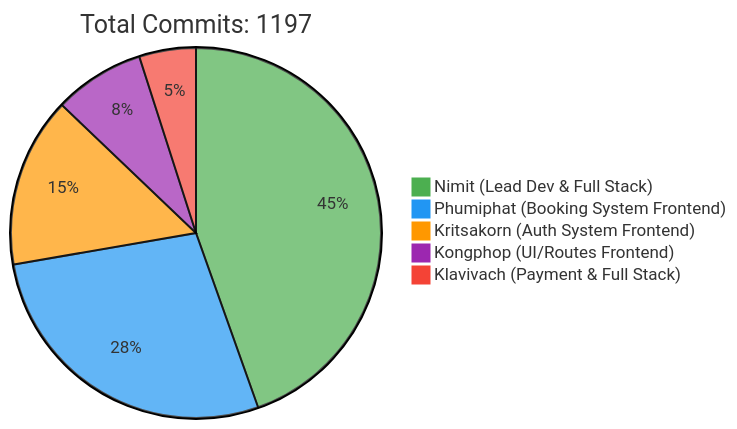
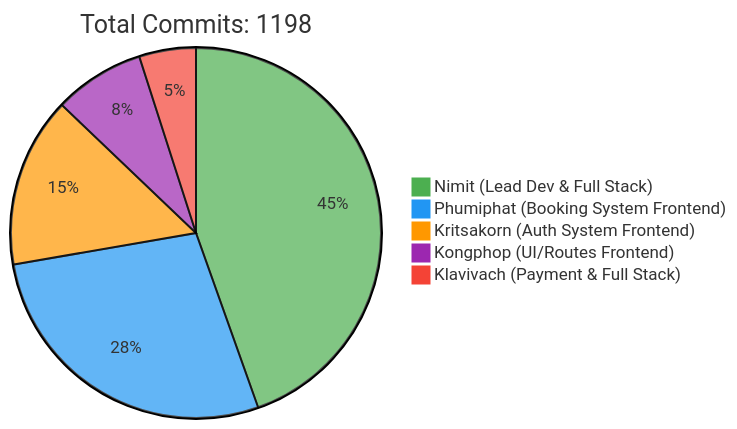
The first of 2 diagrams in README.md (6531503042/Sport-Complex), drawn with Mermaid before and after one commit. The commit also changed other lines of this file, not shown here.

Commit message:
docs: Update contributor statistics [skip ci]

````diff
--- a/README.md
+++ b/README.md
@@ -257,10 +257,10 @@
 ```mermaid
 %%{init: {'theme': 'base', 'themeVariables': { 'pie1': '#4CAF50', 'pie2': '#2196F3', 'pie3': '#FF9800', 'pie4': '#9C27B0', 'pie5': '#F44336'}}}%%
 pie
-    title Total Commits: 1197
+    title Total Commits: 1198
     "Nimit (Lead Dev & Full Stack)" : 450
     "Phumiphat (Booking System Frontend)" : 280
     "Kritsakorn (Auth System Frontend)" : 150
     "Kongphop (UI/Routes Frontend)" : 80
     "Klavivach (Payment & Full Stack)" : 50
 ```
````
